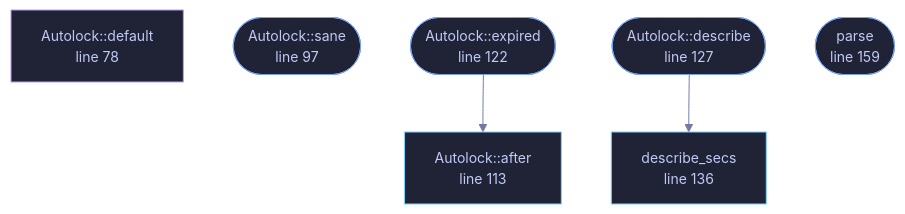
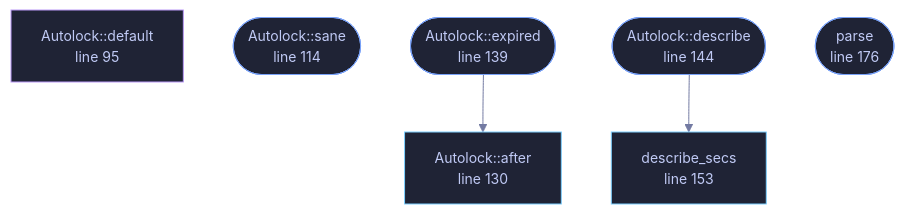
The diagram in wiki/File-veilvoice-gui-autolock.md (tilas01/veilvoice), drawn with Mermaid before and after one commit. The commit also changed other lines of this file and 102 other files, not shown here.

````diff
--- a/wiki/File-veilvoice-gui-autolock.md
+++ b/wiki/File-veilvoice-gui-autolock.md
@@ -82,26 +92,26 @@
 ```mermaid
 %%{init: {"theme":"base","themeVariables":{"background":"#1a1b26","primaryColor":"#1f2335","primaryTextColor":"#c0caf5","primaryBorderColor":"#7aa2f7","secondaryColor":"#16161e","tertiaryColor":"#16161e","lineColor":"#737aa2","textColor":"#c0caf5","mainBkg":"#1f2335","nodeBorder":"#7aa2f7","clusterBkg":"#16161e","clusterBorder":"#2f3549","fontFamily":"ui-monospace, SFMono-Regular, Consolas, monospace","fontSize":"14px"}}}%%
 flowchart TD
-    n_default["Autolock::default<br/>line 78"]
-    n_sane(["Autolock::sane<br/>line 97"])
-    n_after["Autolock::after<br/>line 113"]
-    n_expired(["Autolock::expired<br/>line 122"])
-    n_describe(["Autolock::describe<br/>line 127"])
-    n_describe_secs["describe_secs<br/>line 136"]
-    n_parse(["parse<br/>line 159"])
+    n_default["Autolock::default<br/>line 95"]
+    n_sane(["Autolock::sane<br/>line 114"])
+    n_after["Autolock::after<br/>line 130"]
+    n_expired(["Autolock::expired<br/>line 139"])
+    n_describe(["Autolock::describe<br/>line 144"])
+    n_describe_secs["describe_secs<br/>line 153"]
+    n_parse(["parse<br/>line 176"])
     n_describe --> n_describe_secs
     n_expired --> n_after
-    click n_default href "https://github.com/tilas01/veilvoice/blob/main/crates/veilvoice-gui/src/autolock.rs#L78" "open the source"
-    click n_sane href "https://github.com/tilas01/veilvoice/blob/main/crates/veilvoice-gui/src/autolock.rs#L97" "open the source"
-    click n_after href "https://github.com/tilas01/veilvoice/blob/main/crates/veilvoice-gui/src/autolock.rs#L113" "open the source"
-    click n_expired href "https://github.com/tilas01/veilvoice/blob/main/crates/veilvoice-gui/src/autolock.rs#L122" "open the source"
-    click n_describe href "https://github.com/tilas01/veilvoice/blob/main/crates/veilvoice-gui/src/autolock.rs#L127" "open the source"
-    click n_describe_secs href "https://github.com/tilas01/veilvoice/blob/main/crates/veilvoice-gui/src/autolock.rs#L136" "open the source"
-    click n_parse href "https://github.com/tilas01/veilvoice/blob/main/crates/veilvoice-gui/src/autolock.rs#L159" "open the source"
+    click n_default href "https://github.com/tilas01/veilvoice/blob/main/crates/veilvoice-gui/src/autolock.rs#L95" "open the source"
+    click n_sane href "https://github.com/tilas01/veilvoice/blob/main/crates/veilvoice-gui/src/autolock.rs#L114" "open the source"
+    click n_after href "https://github.com/tilas01/veilvoice/blob/main/crates/veilvoice-gui/src/autolock.rs#L130" "open the source"
+    click n_expired href "https://github.com/tilas01/veilvoice/blob/main/crates/veilvoice-gui/src/autolock.rs#L139" "open the source"
+    click n_describe href "https://github.com/tilas01/veilvoice/blob/main/crates/veilvoice-gui/src/autolock.rs#L144" "open the source"
+    click n_describe_secs href "https://github.com/tilas01/veilvoice/blob/main/crates/veilvoice-gui/src/autolock.rs#L153" "open the source"
+    click n_parse href "https://github.com/tilas01/veilvoice/blob/main/crates/veilvoice-gui/src/autolock.rs#L176" "open the source"
     classDef entry fill:#1f2335,stroke:#7aa2f7,color:#c0caf5
     class n_sane,n_expired,n_describe,n_parse entry
     classDef api fill:#1f2335,stroke:#7dcfff,color:#c0caf5
     class n_after,n_describe_secs api
     classDef helper fill:#1f2335,stroke:#bb9af7,color:#c0caf5
     class n_default helper
 ```
````
